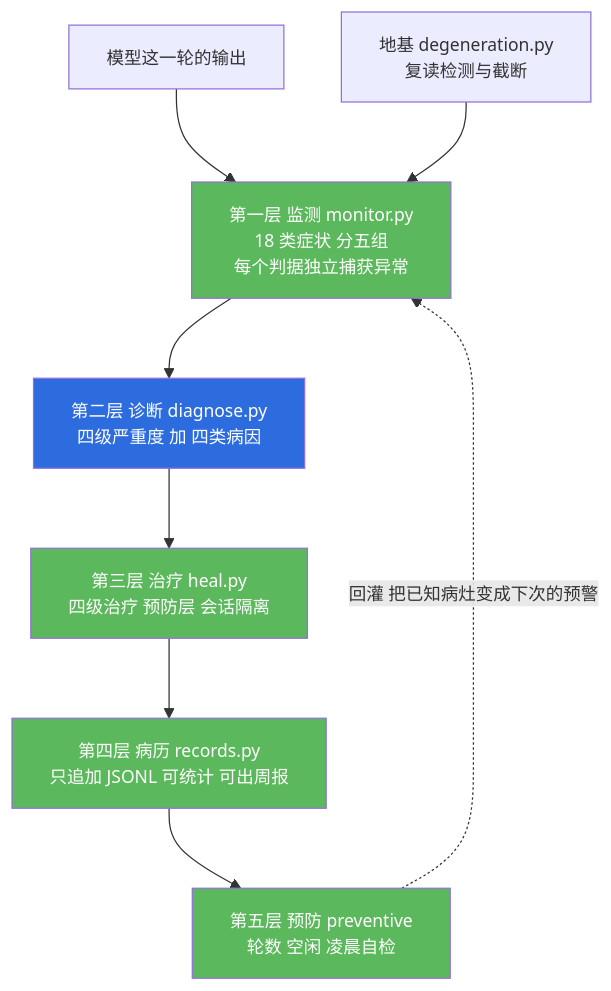
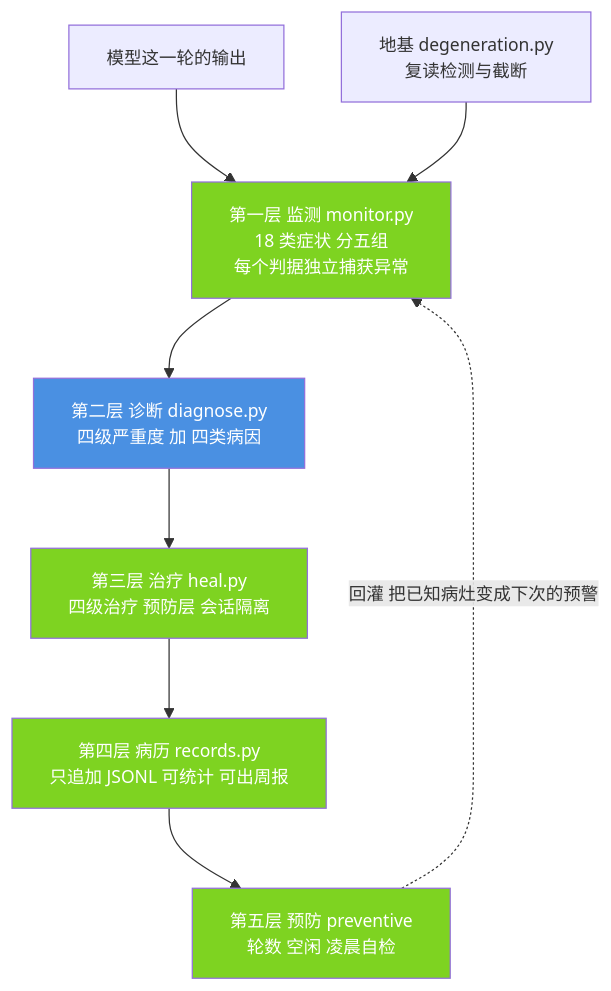
One commit to jiangchuangege/xiaojiao-harnees changed the first of 7 diagrams in docs/modules/04-health.md. Above: the diagram before and after it, drawn with Mermaid. The commit also changed other lines of this file and 32 other files, not shown here.

Commit message:
统一：全仓原理图配色到一套调色板 + 给 12 张灰图补色 + 修正自己会睡那张过期图

````diff
--- a/docs/modules/04-health.md
+++ b/docs/modules/04-health.md
@@ -116,17 +116,17 @@
 ```mermaid
 %%{init: {"themeVariables": {"fontSize": "14px"}, "flowchart": {"htmlLabels": true, "wrappingWidth": 340, "nodeSpacing": 46, "rankSpacing": 64, "useMaxWidth": true}}}%%
 flowchart TB
     MO["模型这一轮的输出"] --> L1["第一层 监测 monitor.py<br/>18 类症状 分五组<br/>每个判据独立捕获异常"]
     L1 --> L2["第二层 诊断 diagnose.py<br/>四级严重度 加 四类病因"]
     L2 --> L3["第三层 治疗 heal.py<br/>四级治疗 预防层 会话隔离"]
     L3 --> L4["第四层 病历 records.py<br/>只追加 JSONL 可统计 可出周报"]
     L4 --> L5["第五层 预防 preventive<br/>轮数 空闲 凌晨自检"]
     L5 -.->|"回灌 把已知病灶变成下次的预警"| L1
     BASE["地基 degeneration.py<br/>复读检测与截断"] --> L1
 
-    style L2 fill:#2d6cdf,color:#fff
-    style L1 fill:#5cb85c,color:#fff
-    style L3 fill:#5cb85c,color:#fff
-    style L4 fill:#5cb85c,color:#fff
-    style L5 fill:#5cb85c,color:#fff
+    style L2 fill:#4A90E2,color:#fff
+    style L1 fill:#7ED321,color:#fff
+    style L3 fill:#7ED321,color:#fff
+    style L4 fill:#7ED321,color:#fff
+    style L5 fill:#7ED321,color:#fff
 ```
````
